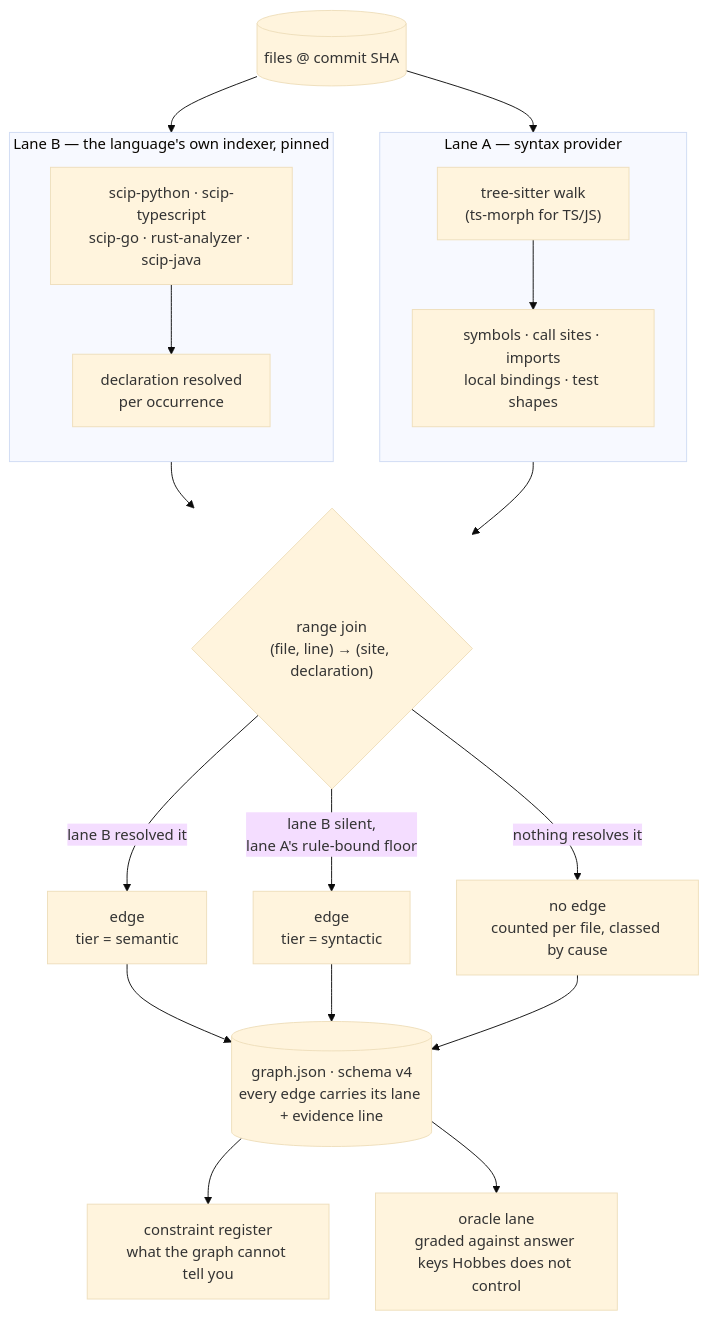
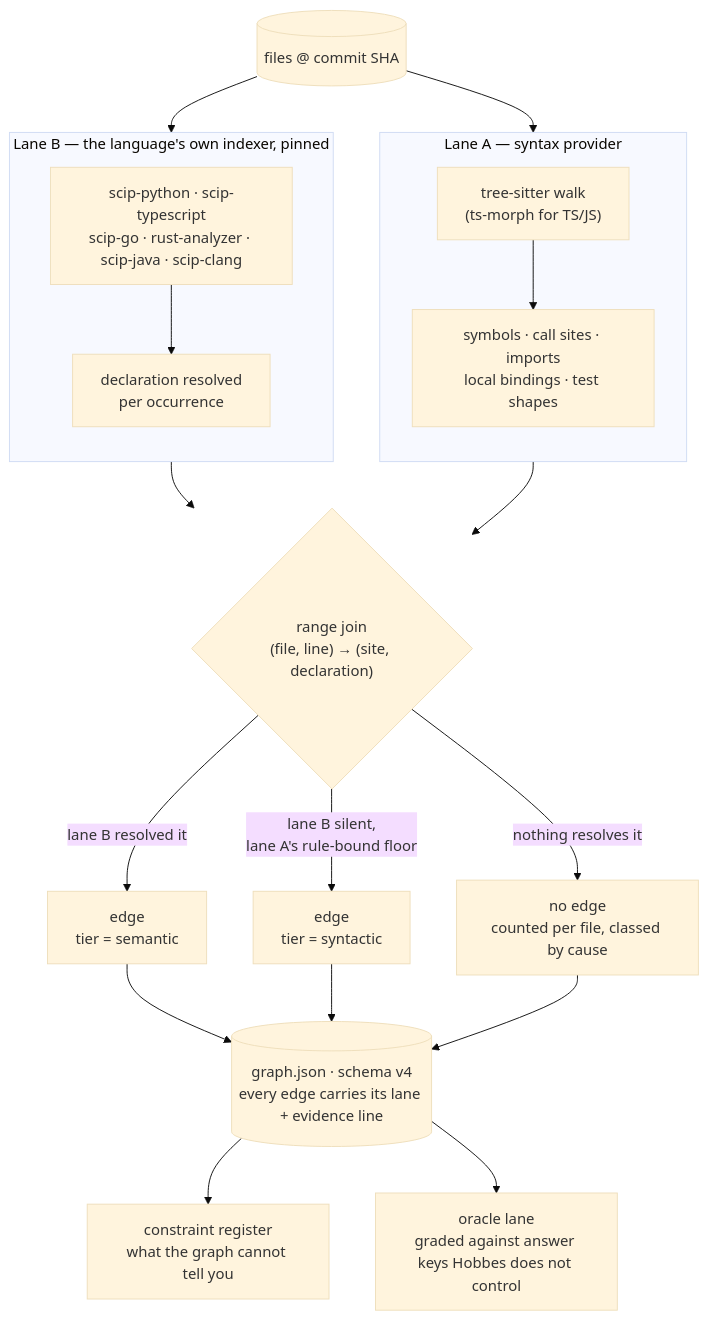
The second of 3 diagrams in README.md (majax7714/Hobbes), drawn with Mermaid (base theme) before and after one commit. The commit also changed other lines of this file and 36 other files, not shown here.

````diff
--- a/README.md
+++ b/README.md
@@ -109,26 +109,26 @@
 ```mermaid
 flowchart TB
   F[("files @ commit SHA")]
   F --> TS
   F --> SCIP
   subgraph A["Lane A — syntax provider"]
     direction TB
     TS["tree-sitter walk<br/>(ts-morph for TS/JS)"] --> S1["symbols · call sites · imports<br/>local bindings · test shapes"]
   end
   subgraph B["Lane B — the language's own indexer, pinned"]
     direction TB
-    SCIP["scip-python · scip-typescript<br/>scip-go · rust-analyzer · scip-java"] --> S2["declaration resolved<br/>per occurrence"]
+    SCIP["scip-python · scip-typescript<br/>scip-go · rust-analyzer · scip-java · scip-clang"] --> S2["declaration resolved<br/>per occurrence"]
   end
   S1 --> J
   S2 --> J
   J{"range join<br/>(file, line) → (site, declaration)"}
   J -->|"lane B resolved it"| SEM["edge<br/>tier = semantic"]
   J -->|"lane B silent,<br/>lane A's rule-bound floor"| SYN["edge<br/>tier = syntactic"]
   J -->|"nothing resolves it"| TAIL["no edge<br/>counted per file, classed by cause"]
   SEM --> G
   SYN --> G
   TAIL --> G
   G[("graph.json · schema v4<br/>every edge carries its lane + evidence line")]
   G --> REG["constraint register<br/>what the graph cannot tell you"]
   G --> ORA["oracle lane<br/>graded against answer keys Hobbes does not control"]
 ```
````
